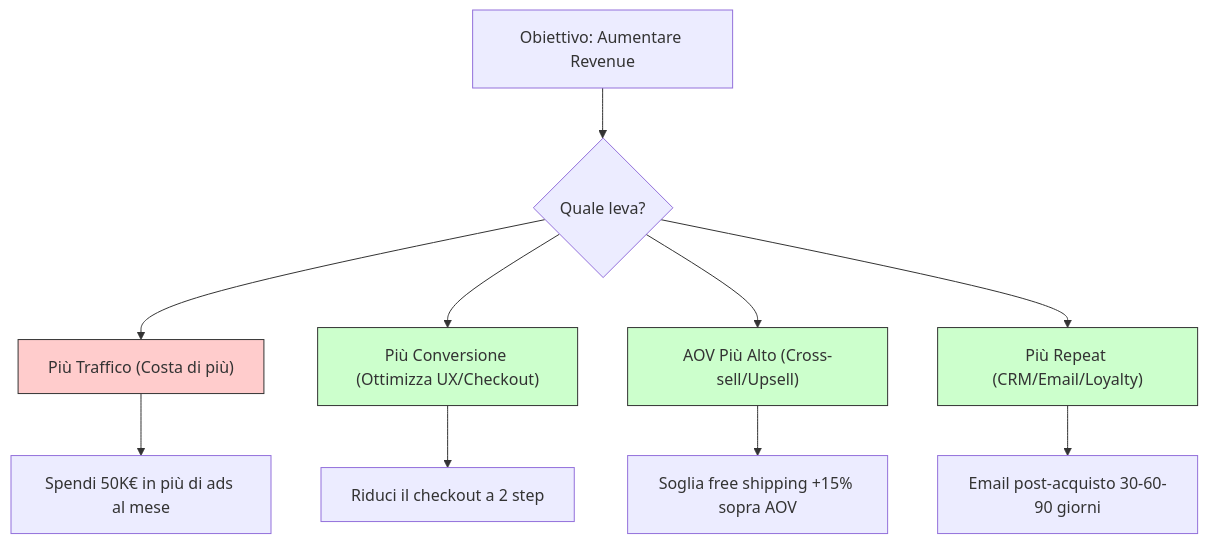
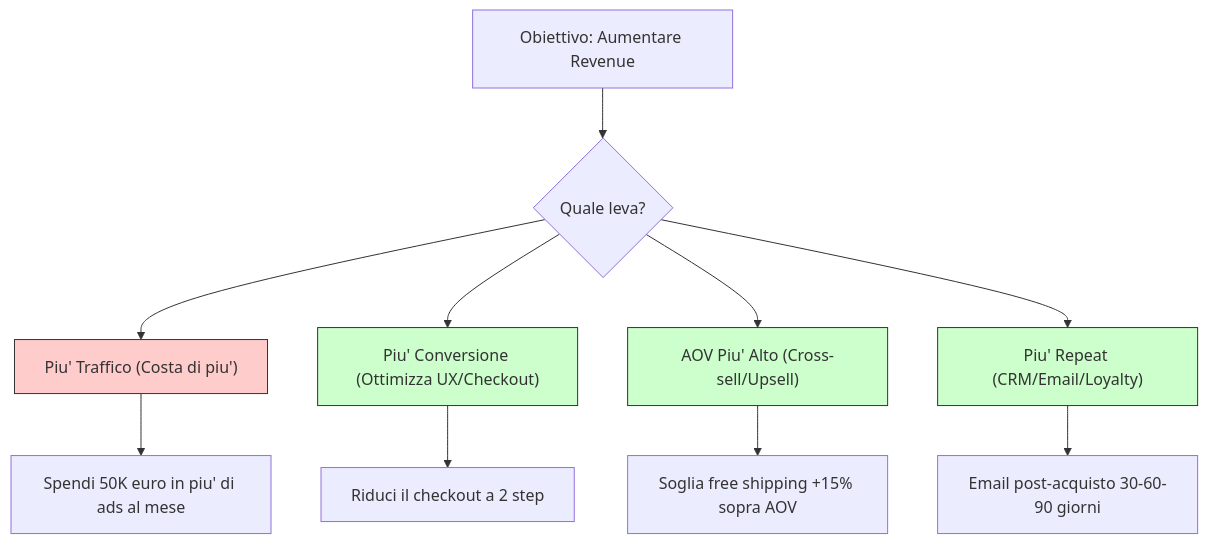
Before and after one commit to AndreyBertasini/gynnitech: the diagram in src/content/blog/ecommerce-analytics.mdx, drawn with Mermaid. The commit also changed other lines of this file and 27 other files, not shown here.

````diff
--- a/src/content/blog/ecommerce-analytics.mdx
+++ b/src/content/blog/ecommerce-analytics.mdx
@@ -150,18 +184,18 @@
 ```mermaid
 graph TD
     A["Obiettivo: Aumentare Revenue"] --> B{Quale leva?}
-    B --> C["Più Traffico (Costa di più)"]
-    B --> D["Più Conversione (Ottimizza UX/Checkout)"]
-    B --> E["AOV Più Alto (Cross-sell/Upsell)"]
-    B --> F["Più Repeat (CRM/Email/Loyalty)"]
-    
-    C --> G["Spendi 50K€ in più di ads al mese"]
+    B --> C["Piu' Traffico (Costa di piu')"]
+    B --> D["Piu' Conversione (Ottimizza UX/Checkout)"]
+    B --> E["AOV Piu' Alto (Cross-sell/Upsell)"]
+    B --> F["Piu' Repeat (CRM/Email/Loyalty)"]
+
+    C --> G["Spendi 50K euro in piu' di ads al mese"]
     D --> H["Riduci il checkout a 2 step"]
     E --> I["Soglia free shipping +15% sopra AOV"]
     F --> J["Email post-acquisto 30-60-90 giorni"]
-    
+
     style D fill:#ccffcc,stroke:#333
     style E fill:#ccffcc,stroke:#333
     style F fill:#ccffcc,stroke:#333
     style C fill:#ffcccc,stroke:#333
 ```
````
